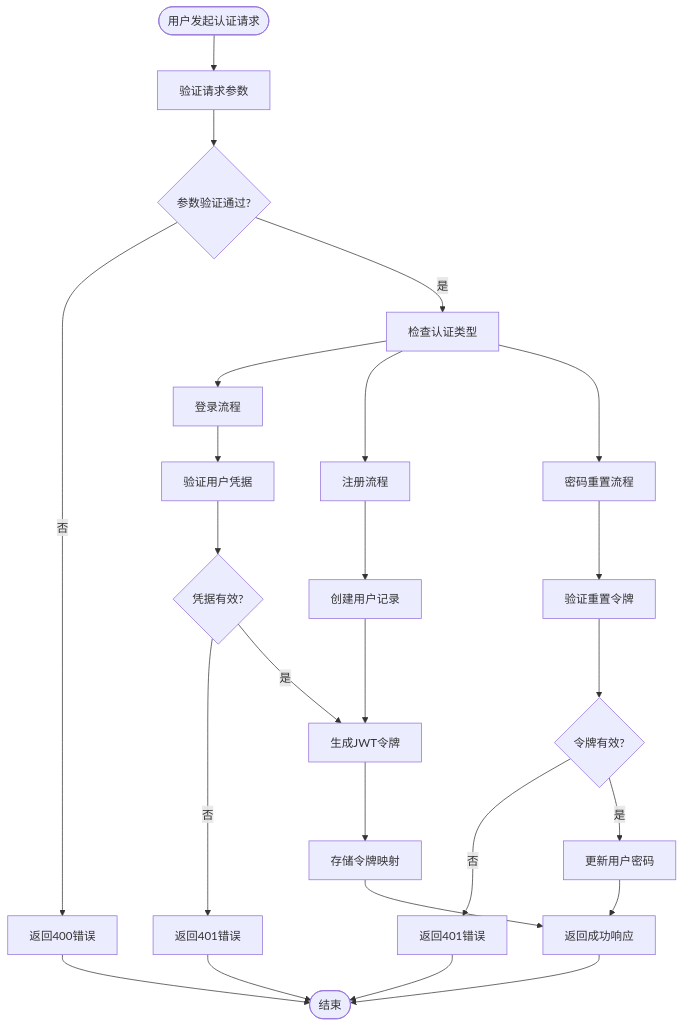
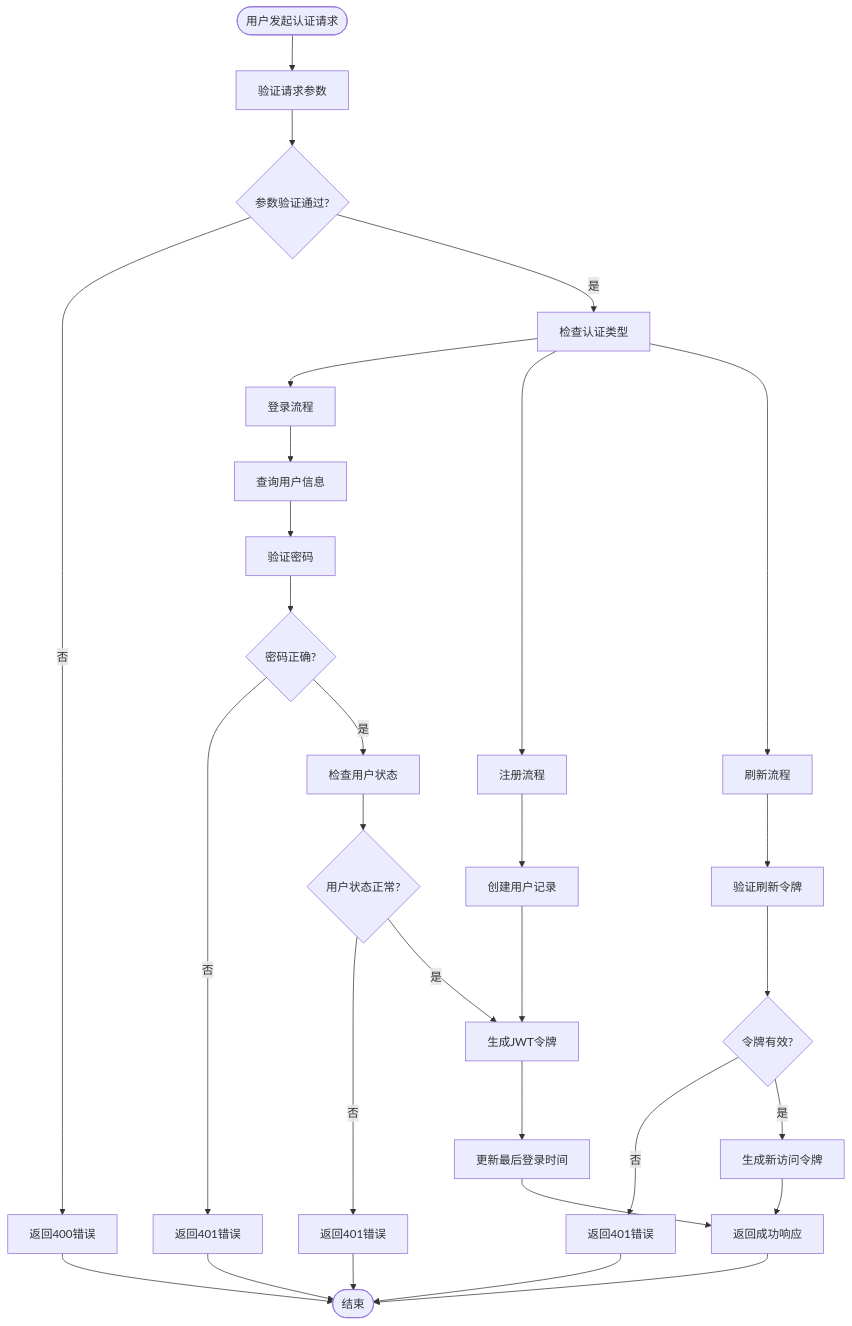
One commit to wyg5208/website_diy changed the seventh of 7 diagrams in .qoder/repowiki/zh/content/API接口文档/用户认证API.md. Above: the diagram before and after it, drawn with Mermaid. The commit also changed other lines of this file and 43 other files, not shown here.

````diff
--- a/.qoder/repowiki/zh/content/API接口文档/用户认证API.md
+++ b/.qoder/repowiki/zh/content/API接口文档/用户认证API.md
@@ -431,27 +470,32 @@
 ```mermaid
 flowchart TD
 Start([用户发起认证请求]) --> ValidateInput["验证请求参数"]
 ValidateInput --> InputValid{"参数验证通过?"}
 InputValid --> |否| ReturnBadRequest["返回400错误"]
 InputValid --> |是| CheckAuthType["检查认证类型"]
 CheckAuthType --> LoginFlow["登录流程"]
 CheckAuthType --> RegisterFlow["注册流程"]
-CheckAuthType --> ResetFlow["密码重置流程"]
-LoginFlow --> VerifyCredentials["验证用户凭据"]
-VerifyCredentials --> CredentialsValid{"凭据有效?"}
-CredentialsValid --> |否| ReturnUnauthorized["返回401错误"]
-CredentialsValid --> |是| GenerateTokens["生成JWT令牌"]
+CheckAuthType --> RefreshFlow["刷新流程"]
+LoginFlow --> QueryUser["查询用户信息"]
+QueryUser --> VerifyPassword["验证密码"]
+VerifyPassword --> PasswordValid{"密码正确?"}
+PasswordValid --> |否| ReturnUnauthorized["返回401错误"]
+PasswordValid --> |是| CheckStatus["检查用户状态"]
+CheckStatus --> StatusActive{"用户状态正常?"}
+StatusActive --> |否| ReturnDisabled["返回401错误"]
+StatusActive --> |是| GenerateTokens["生成JWT令牌"]
 RegisterFlow --> CreateUser["创建用户记录"]
 CreateUser --> GenerateTokens
-ResetFlow --> VerifyResetToken["验证重置令牌"]
-VerifyResetToken --> TokenValid{"令牌有效?"}
+RefreshFlow --> VerifyRefreshToken["验证刷新令牌"]
+VerifyRefreshToken --> TokenValid{"令牌有效?"}
 TokenValid --> |否| ReturnInvalidToken["返回401错误"]
-TokenValid --> |是| UpdatePassword["更新用户密码"]
-GenerateTokens --> StoreToken["存储令牌映射"]
-StoreToken --> ReturnSuccess["返回成功响应"]
-UpdatePassword --> ReturnSuccess
+TokenValid --> |是| GenerateNewAccess["生成新访问令牌"]
+GenerateTokens --> UpdateLastLogin["更新最后登录时间"]
+UpdateLastLogin --> ReturnSuccess["返回成功响应"]
+GenerateNewAccess --> ReturnSuccess
 ReturnUnauthorized --> End([结束])
 ReturnBadRequest --> End
 ReturnInvalidToken --> End
+ReturnDisabled --> End
 ReturnSuccess --> End
 ```
````
